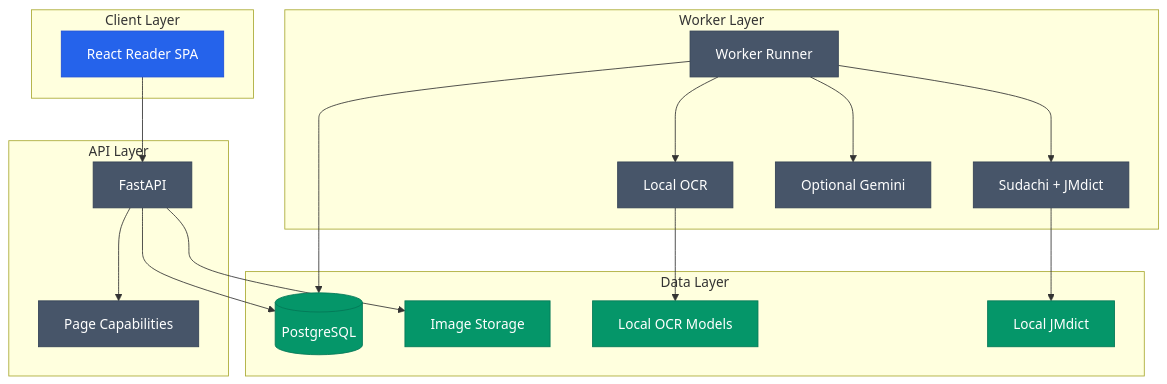
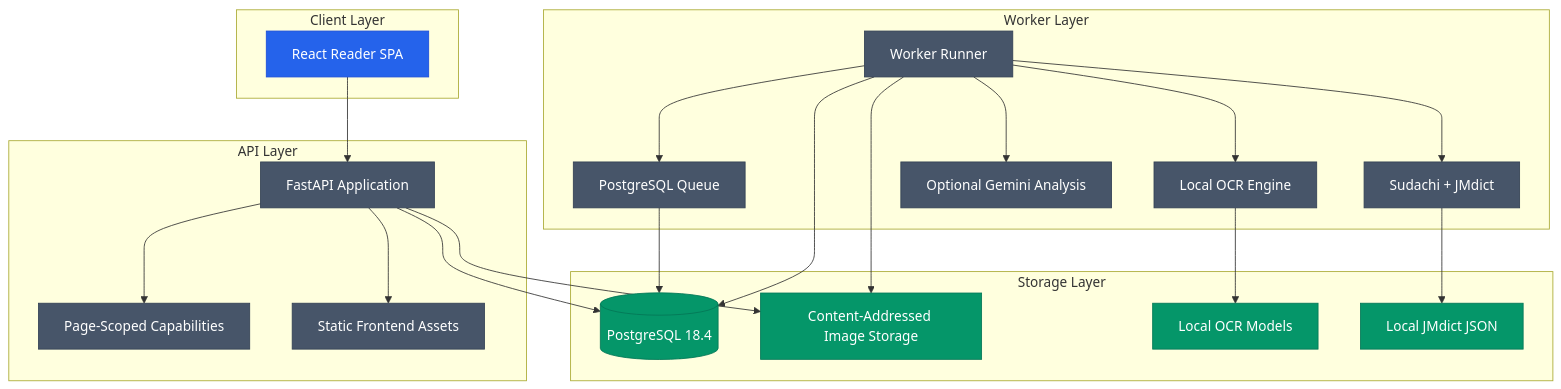
One commit to Gyliardson/mangasensei changed the diagram in README.ja.md. Above: the diagram before and after it, drawn with Mermaid. The commit also changed other lines of this file, not shown here.

````diff
--- a/README.ja.md
+++ b/README.ja.md
@@ -30,38 +52,44 @@
 ```mermaid
 flowchart TD
     subgraph Client["Client Layer"]
-        UI["React Reader SPA"]
+        Browser["React Reader SPA"]
     end
-    subgraph Server["API Layer"]
-        API["FastAPI"]
-        Caps["Page Capabilities"]
+    subgraph API["API Layer"]
+        FastAPI["FastAPI Application"]
+        Capabilities["Page-Scoped Capabilities"]
+        Static["Static Frontend Assets"]
     end
     subgraph Worker["Worker Layer"]
         Runner["Worker Runner"]
-        OCR["Local OCR"]
-        Ling["Sudachi + JMdict"]
-        AI["Optional Gemini"]
+        Queue["PostgreSQL Queue"]
+        OCR["Local OCR Engine"]
+        Linguistics["Sudachi + JMdict"]
+        Gemini["Optional Gemini Analysis"]
     end
-    subgraph Data["Data Layer"]
-        DB[("PostgreSQL")]
-        Files["Image Storage"]
+    subgraph Storage["Storage Layer"]
+        DB[("PostgreSQL 18.4")]
+        Files["Content-Addressed Image Storage"]
         Models["Local OCR Models"]
-        Dict["Local JMdict"]
+        Dictionary["Local JMdict JSON"]
     end
-    UI --> API
-    API --> Caps
-    API --> DB
-    API --> Files
+    Browser --> FastAPI
+    FastAPI --> Capabilities
+    FastAPI --> Static
+    FastAPI --> DB
+    FastAPI --> Files
+    Queue --> DB
+    Runner --> Queue
     Runner --> OCR
-    Runner --> Ling
-    Runner --> AI
+    Runner --> Linguistics
+    Runner --> Gemini
     OCR --> Models
-    Ling --> Dict
+    Linguistics --> Dictionary
     Runner --> DB
+    Runner --> Files
     classDef client fill:#2563eb,stroke:#1d4ed8,color:#ffffff;
     classDef service fill:#475569,stroke:#334155,color:#ffffff;
     classDef data fill:#059669,stroke:#047857,color:#ffffff;
-    class UI client;
-    class API,Caps,Runner,OCR,Ling,AI service;
-    class DB,Files,Models,Dict data;
+    class Browser client;
+    class FastAPI,Capabilities,Static,Runner,Queue,OCR,Linguistics,Gemini service;
+    class DB,Files,Models,Dictionary data;
 ```
````
